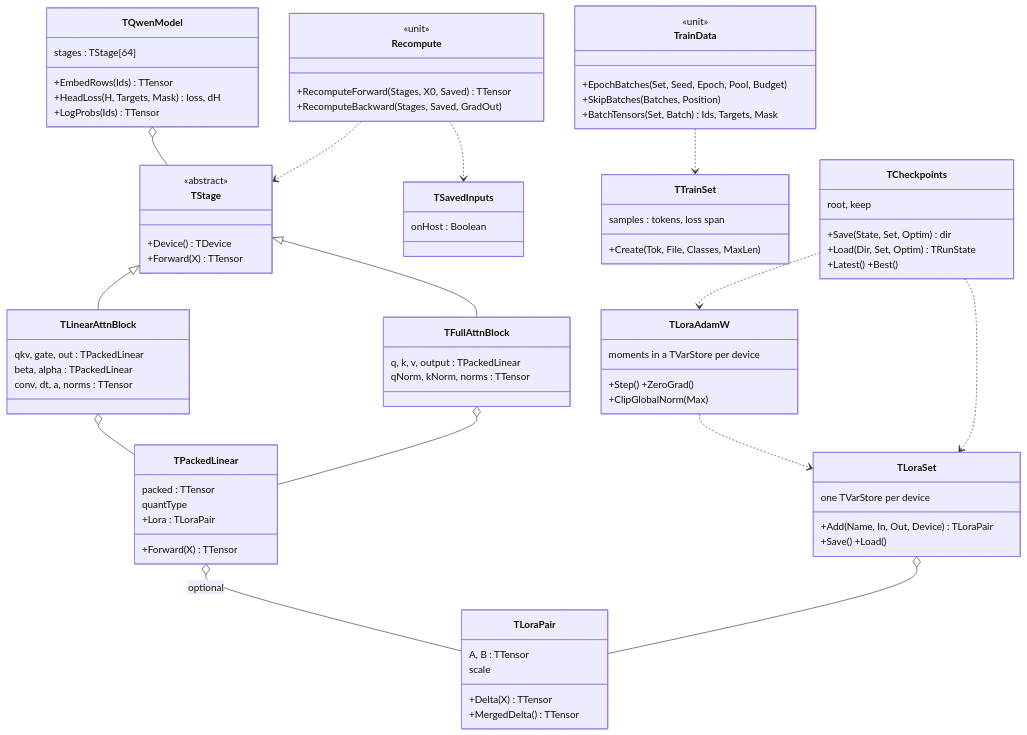
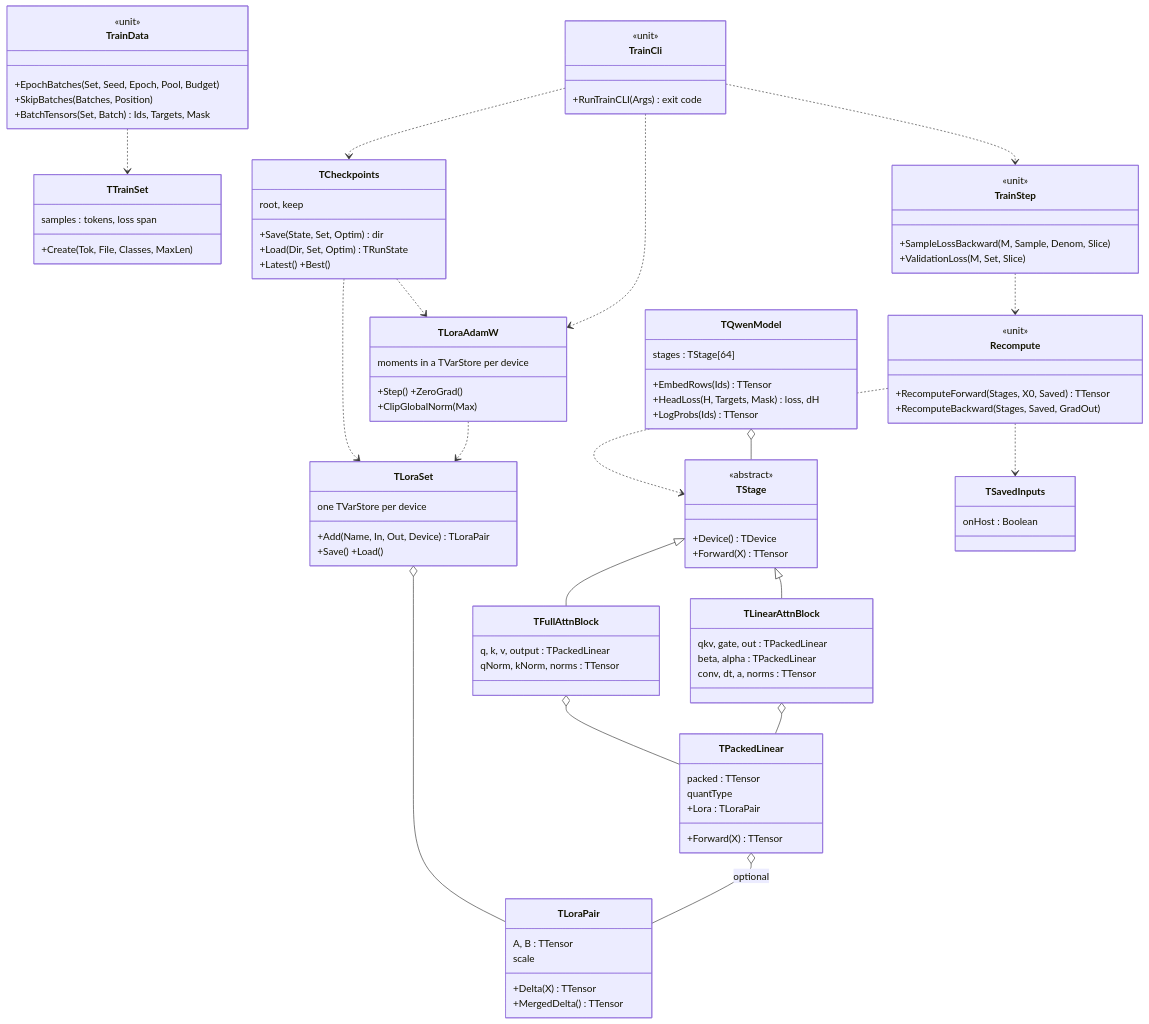
Before and after one commit to tankoha/tch-fpc: diagram 11 of 13 in docs/UML.md, drawn with Mermaid. The commit also changed 23 other files, not shown here.

First line of the commit message:
qwen-lora T17 prepared: TrainStep and TrainCli skeletons, qlora_train, facts, ITa

````diff
--- a/docs/UML.md
+++ b/docs/UML.md
@@ -729,6 +729,15 @@
     +SkipBatches(Batches, Position)
     +BatchTensors(Set, Batch) Ids, Targets, Mask
   }
+  class TrainStep {
+    <<unit>>
+    +SampleLossBackward(M, Sample, Denom, Slice)
+    +ValidationLoss(M, Set, Slice)
+  }
+  class TrainCli {
+    <<unit>>
+    +RunTrainCLI(Args) exit code
+  }
   class TCheckpoints {
     root, keep
     +Save(State, Set, Optim) dir
@@ -752,6 +761,10 @@
   Recompute ..> TSavedInputs
   TLoraAdamW ..> TLoraSet
   TrainData ..> TTrainSet
+  TrainCli ..> TrainStep
+  TrainCli ..> TCheckpoints
+  TrainCli ..> TLoraAdamW
+  TrainStep ..> Recompute
   TCheckpoints ..> TLoraSet
   TCheckpoints ..> TLoraAdamW
 ```
````
